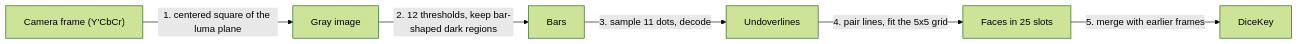
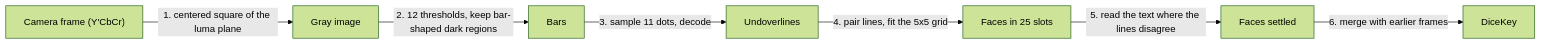
Before and after one commit to cafedomingo/dicekeys-app-ios: the diagram in docs/scanning.md, drawn with Mermaid (forest theme). The commit also changed other lines of this file and 18 other files, not shown here.

First line of the commit message:
Settle a die by its printed text when its bars disagree (#37)

````diff
--- a/docs/scanning.md
+++ b/docs/scanning.md
@@ -63,8 +66,9 @@
 ```mermaid
 flowchart LR
     A["Camera frame (Y'CbCr)"] -->|"1. centered square of the luma plane"| B[Gray image]
     B -->|"2. 12 thresholds, keep bar-shaped dark regions"| C[Bars]
     C -->|"3. sample 11 dots, decode"| D[Undoverlines]
     D -->|"4. pair lines, fit the 5x5 grid"| E[Faces in 25 slots]
-    E -->|"5. merge with earlier frames"| F[DiceKey]
+    E -->|"5. read the text where the lines disagree"| G[Faces settled]
+    G -->|"6. merge with earlier frames"| F[DiceKey]
 ```
````
